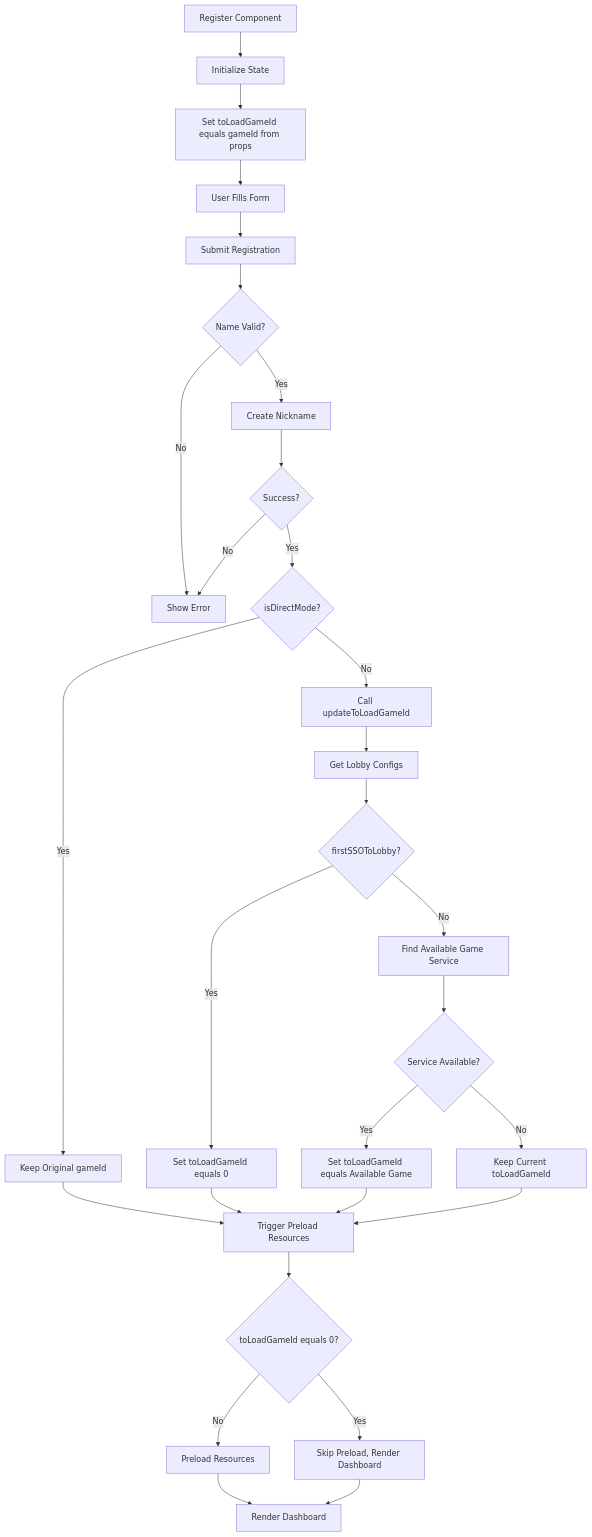
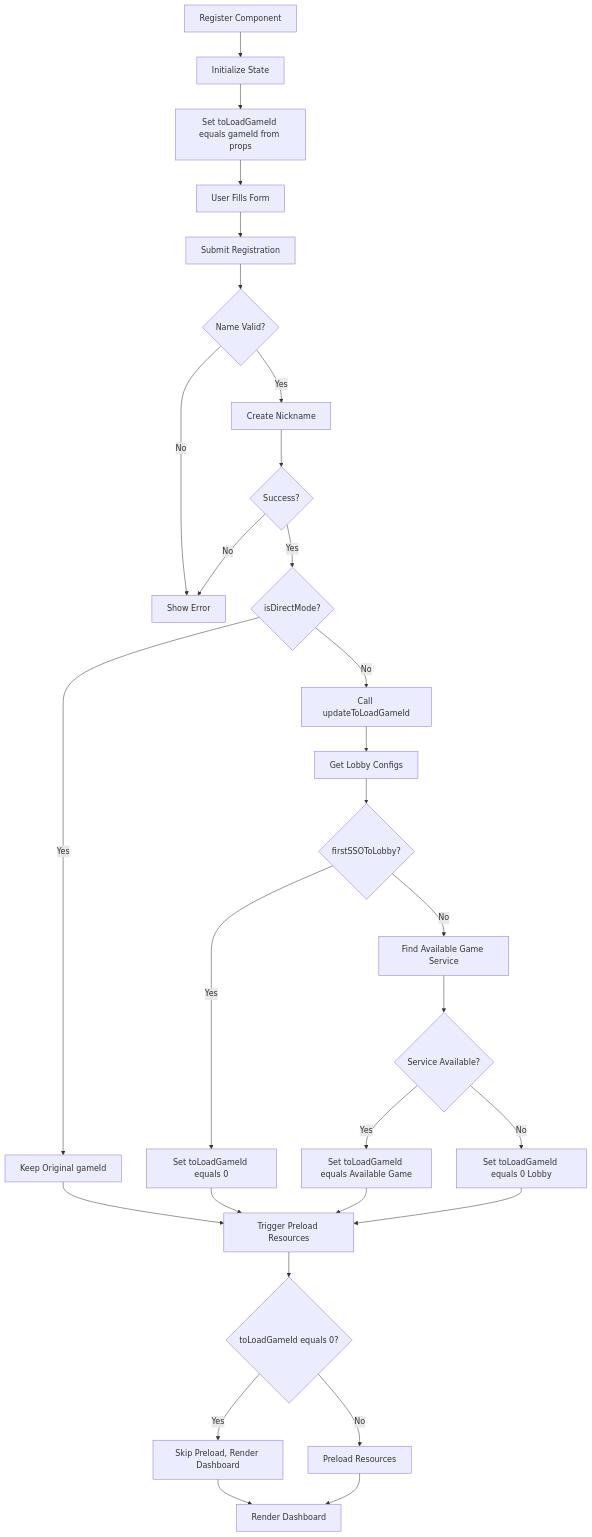
Before and after one commit to starixvn/l1_game-clients_number-games_gn-game-client: the third of 10 diagrams in docs/URL_Context_Flow_Diagrams.md, drawn with Mermaid. The commit also changed other lines of this file and 7 other files, not shown here.

````diff
--- a/docs/URL_Context_Flow_Diagrams.md
+++ b/docs/URL_Context_Flow_Diagrams.md
@@ -112,38 +112,38 @@
 ```mermaid
 flowchart TD
     A3[Register Component] --> B3[Initialize State]
     B3 --> C3[Set toLoadGameId equals gameId from props]
     C3 --> D3[User Fills Form]
     D3 --> E3[Submit Registration]
     E3 --> F3{Name Valid?}
     F3 -->|No| G3[Show Error]
     F3 -->|Yes| H3[Create Nickname]
 
     H3 --> I3{Success?}
     I3 -->|No| G3
     I3 -->|Yes| J3{isDirectMode?}
 
     J3 -->|Yes| K3[Keep Original gameId]
     J3 -->|No| L3[Call updateToLoadGameId]
 
     L3 --> M3[Get Lobby Configs]
     M3 --> N3{firstSSOToLobby?}
     N3 -->|Yes| O3[Set toLoadGameId equals 0]
     N3 -->|No| P3[Find Available Game Service]
 
     P3 --> Q3{Service Available?}
     Q3 -->|Yes| R3[Set toLoadGameId equals Available Game]
-    Q3 -->|No| S3[Keep Current toLoadGameId]
+    Q3 -->|No| S3[Set toLoadGameId equals 0 Lobby]
 
     K3 --> T3[Trigger Preload Resources]
     O3 --> T3
     R3 --> T3
     S3 --> T3
 
     T3 --> U3{toLoadGameId equals 0?}
     U3 -->|Yes| V3[Skip Preload, Render Dashboard]
     U3 -->|No| W3[Preload Resources]
 
-    W3 --> X3[Render Dashboard]
-    V3 --> X3
+    V3 --> X3[Render Dashboard]
+    W3 --> X3
 ```
````
